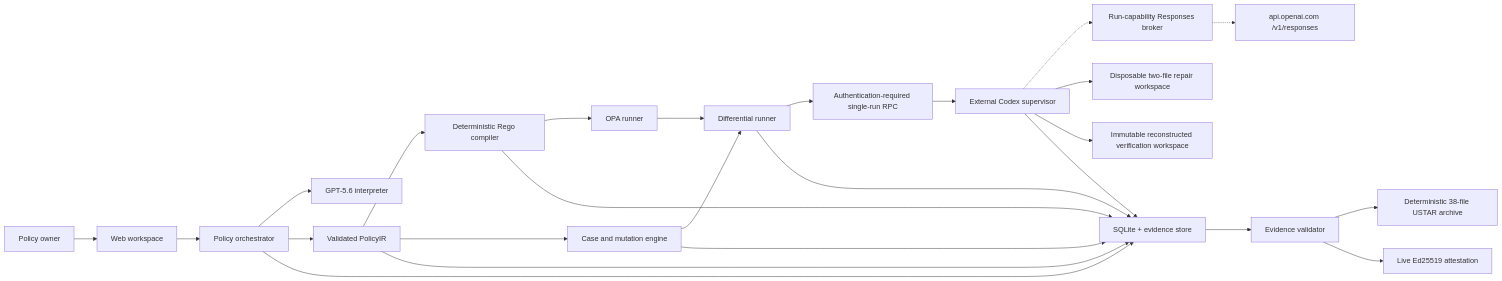
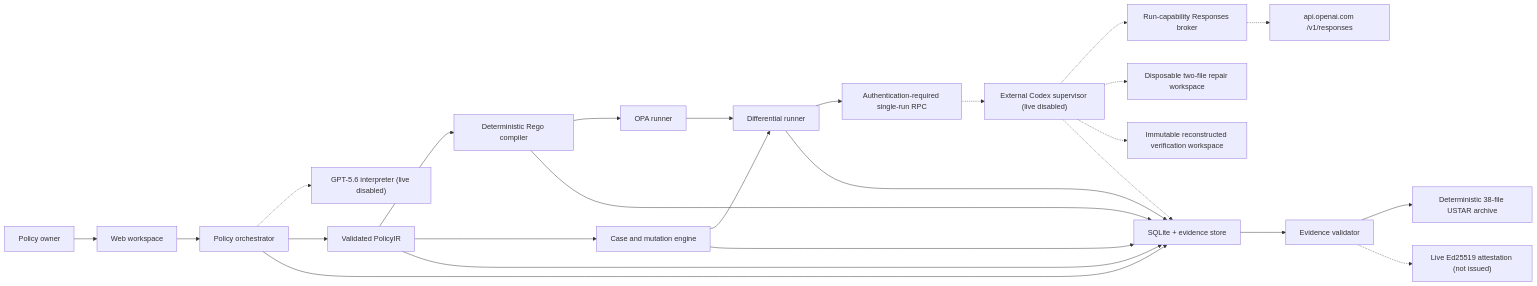
Before and after one commit to sel-chan/policytwin: the diagram in docs/architecture.md, drawn with Mermaid. The commit also changed other lines of this file and 52 other files, not shown here.

````diff
--- a/docs/architecture.md
+++ b/docs/architecture.md
@@ -5,27 +5,27 @@
 ```mermaid
 flowchart LR
   U["Policy owner"] --> W["Web workspace"]
   W --> O["Policy orchestrator"]
-  O --> I["GPT-5.6 interpreter"]
+  O -.-> I["GPT-5.6 interpreter (live disabled)"]
   O --> P["Validated PolicyIR"]
   P --> C["Deterministic Rego compiler"]
   C --> R["OPA runner"]
   P --> G["Case and mutation engine"]
   G --> D["Differential runner"]
   R --> D
   D --> Q["Authentication-required single-run RPC"]
-  Q --> X["External Codex supervisor"]
+  Q -.-> X["External Codex supervisor (live disabled)"]
   X -.-> B["Run-capability Responses broker"]
   B -.-> API["api.openai.com /v1/responses"]
-  X --> W1["Disposable two-file repair workspace"]
-  X --> V["Immutable reconstructed verification workspace"]
+  X -.-> W1["Disposable two-file repair workspace"]
+  X -.-> V["Immutable reconstructed verification workspace"]
   E --> A["Evidence validator"]
   A --> T["Deterministic 38-file USTAR archive"]
-  A --> S["Live Ed25519 attestation"]
+  A -.-> S["Live Ed25519 attestation (not issued)"]
   O --> E["SQLite + evidence store"]
   P --> E
   C --> E
   G --> E
   D --> E
-  X --> E
+  X -.-> E
 ```
````
